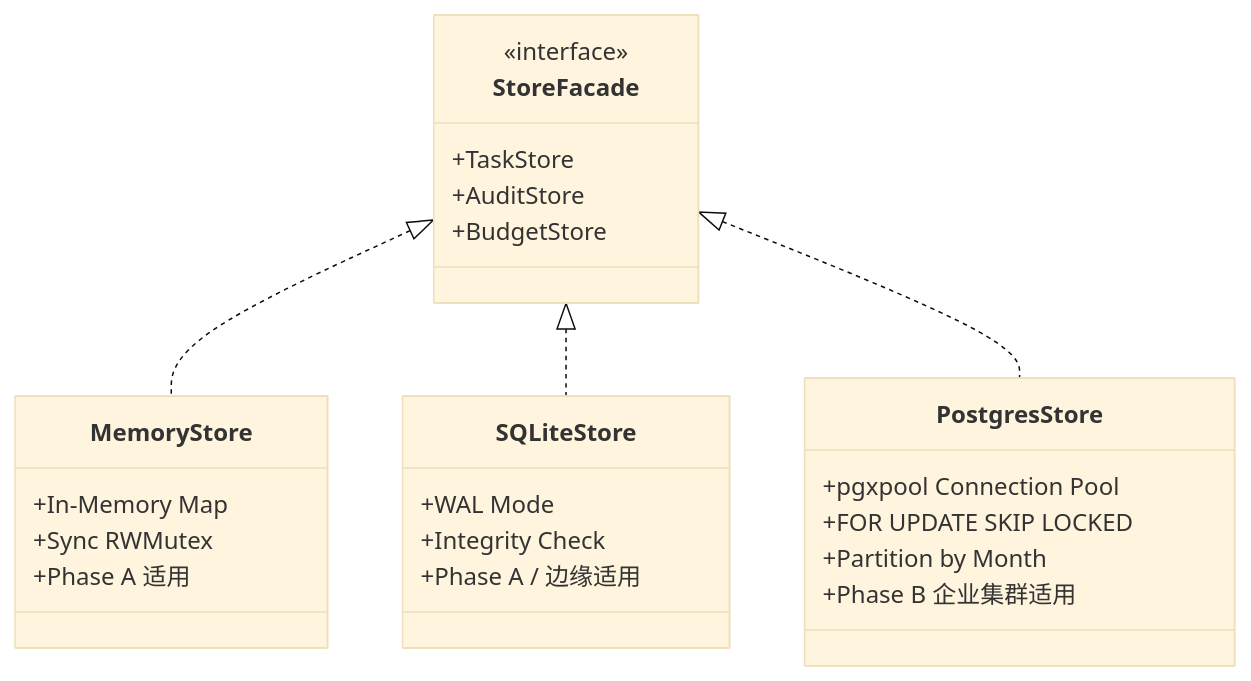
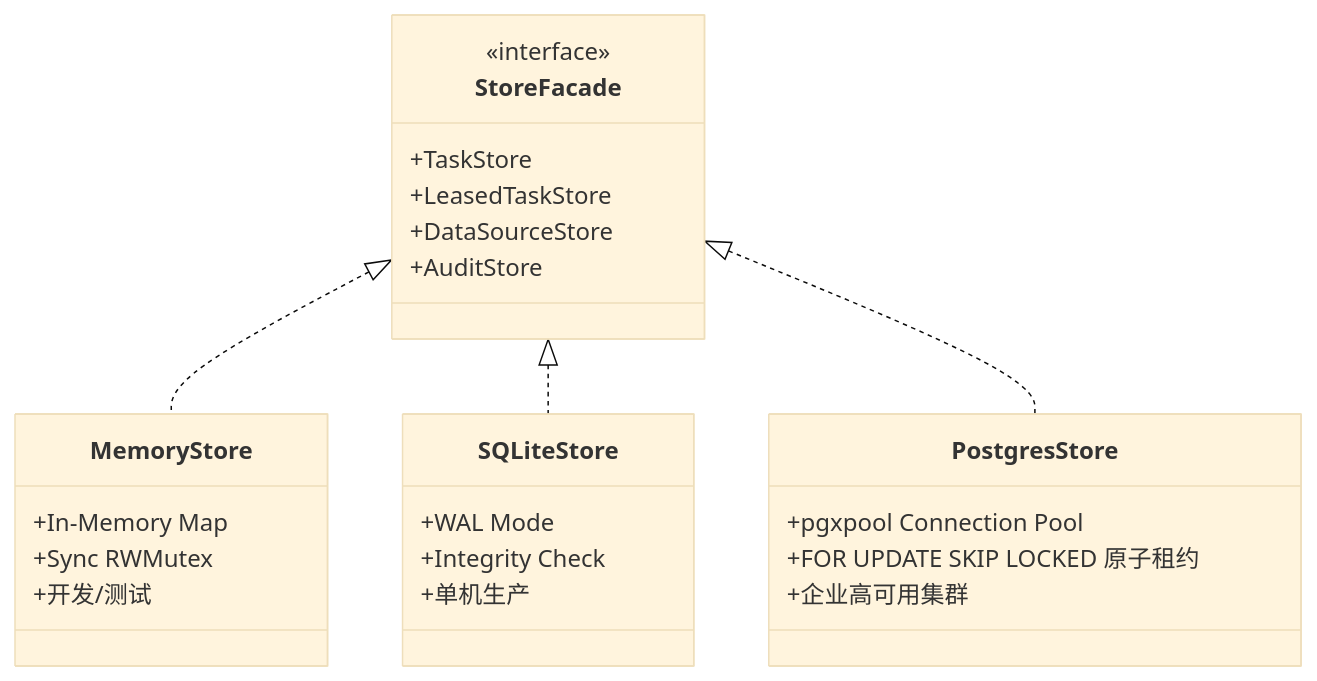
One commit to fengzhizi319/PrivShield changed the second of 2 diagrams in docs/architecture/unified_design_specifications.md. Above: the diagram before and after it, drawn with Mermaid (base theme). The commit also changed other lines of this file and 6 other files, not shown here.

First line of the commit message:
docs(architecture): sync all architecture docs with current codebase

````diff
--- a/docs/architecture/unified_design_specifications.md
+++ b/docs/architecture/unified_design_specifications.md
@@ -237,32 +293,32 @@
 ```mermaid
 classDiagram
     class StoreFacade {
         <<interface>>
         +TaskStore
+        +LeasedTaskStore
+        +DataSourceStore
         +AuditStore
-        +BudgetStore
     }
 
     class MemoryStore {
         +In-Memory Map
         +Sync RWMutex
-        +Phase A 适用
+        +开发/测试
     }
 
     class SQLiteStore {
         +WAL Mode
         +Integrity Check
-        +Phase A / 边缘适用
+        +单机生产
     }
 
     class PostgresStore {
         +pgxpool Connection Pool
-        +FOR UPDATE SKIP LOCKED
-        +Partition by Month
-        +Phase B 企业集群适用
+        +FOR UPDATE SKIP LOCKED 原子租约
+        +企业高可用集群
     }
 
     StoreFacade <|.. MemoryStore
     StoreFacade <|.. SQLiteStore
     StoreFacade <|.. PostgresStore
 ```
````
